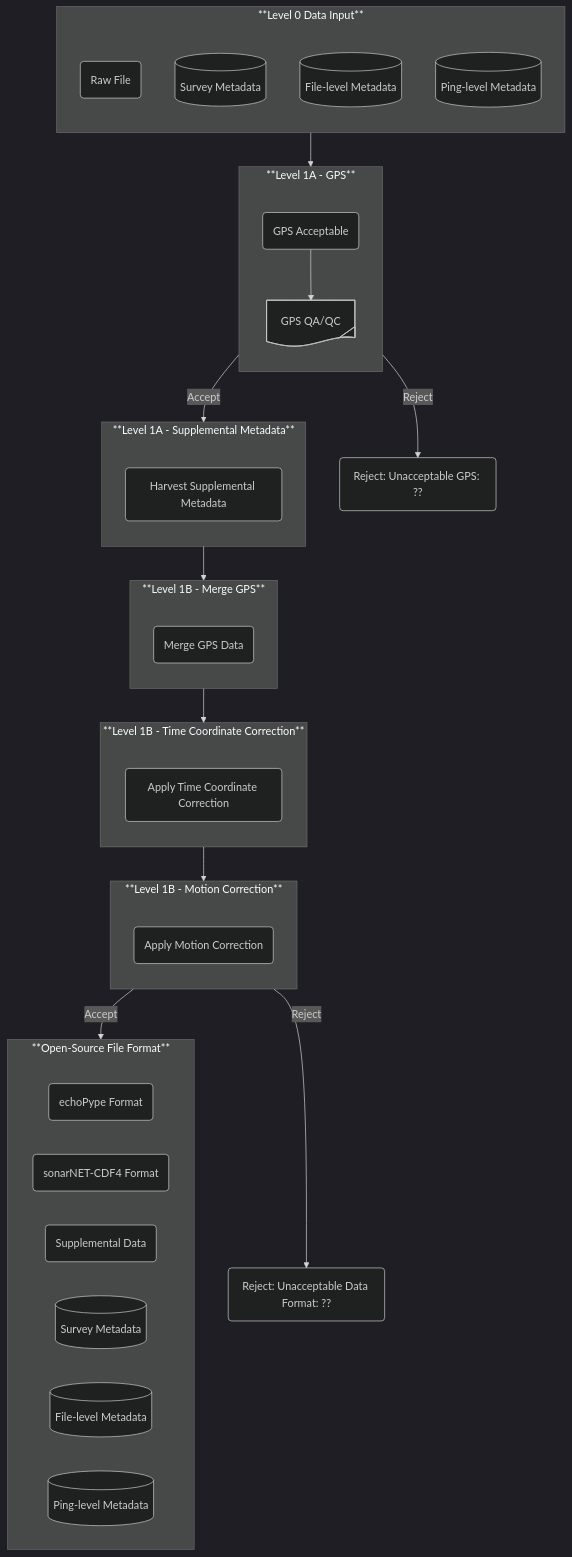
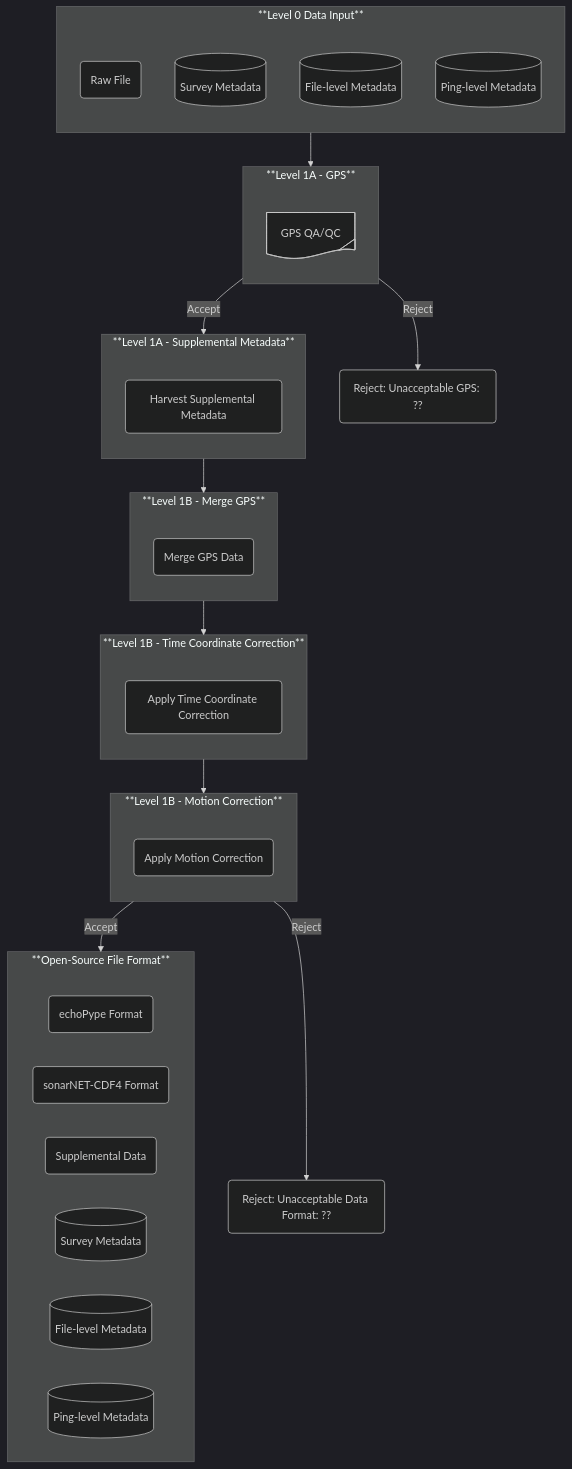
Before and after one commit to nmfs-ost/AA-SI_DataRoadMap: the second of 4 diagrams in README.md, drawn with Mermaid (dark theme). The commit also changed other lines of this file, not shown here.

First line of the commit message:
Revise Level 3 flowchart

````diff
--- a/README.md
+++ b/README.md
@@ -121,55 +121,55 @@
 ```mermaid
 ---
 config:
     flowchart:
         subGraphTitleMargin:
             "bottom": 30
 ---
 flowchart TB
     subgraph SG_L1_InputData["**Level 0 Data Input**"]
         direction TB
         node_L1_RD@{ shape: rounded, label: "Raw File" }
         node_L1_SMD@{ shape: database, label: "Survey Metadata" }
         node_L1_FMD@{ shape: database, label: "File-level Metadata" }
         node_L1_PMD@{ shape: database, label: "Ping-level Metadata" }
     end
     subgraph SG_L1A_GPS["**Level 1A - GPS**"]
         direction TB
-        node_L1A_GPS@{ shape: rounded, label: "GPS Acceptable" } --> node_L1A_GPSOK@{ shape: tag-doc, label: "GPS QA/QC" }
+        node_L1A_GPS@{ shape: tag-doc, label: "GPS QA/QC" }
     end
     subgraph SG_L1A_MD["**Level 1A - Supplemental Metadata**"]
         direction TB
         node_L1A_MD@{ shape: rounded, label: "Harvest Supplemental Metadata" } 
     end
     subgraph SG_L1B_MergeGPS["**Level 1B - Merge GPS**"]
         direction TB
         node_L1B_MergeGPS@{ shape: rounded, label: "Merge GPS Data" } 
     end
     subgraph SG_L1B_TimeCorr["**Level 1B - Time Coordinate Correction**"]
         direction TB
         node_L1B_TimeCorr@{ shape: rounded, label: "Apply Time Coordinate Correction" } 
     end
     subgraph SG_L1B_Motion["**Level 1B - Motion Correction**"]
         direction TB
         node_L1B_Motion@{ shape: rounded, label: "Apply Motion Correction" } 
     end
     subgraph SG_L1B_OS["**Open-Source File Format**"]
         direction LR
         node_L1B_EP@{ shape: rounded, label: "echoPype Format"}
         node_L1B_sonarNet@{ shape: rounded, label: "sonarNET-CDF4 Format"}
         node_L1B_suppdata@{ shape: rounded, label: "Supplemental Data"}
         node_L1B_SMD@{ shape: database, label: "Survey Metadata" }
         node_L1B_FMD@{ shape: database, label: "File-level Metadata" }
         node_L1B_PMD@{ shape: database, label: "Ping-level Metadata" }
     end
 SG_L1_InputData --> SG_L1A_GPS
 SG_L1A_GPS --> |Accept| SG_L1A_MD
 SG_L1A_GPS --> |Reject| node_Reject_L1A_GPS@{ shape: rounded, label: "Reject: Unacceptable GPS: ??" }
 SG_L1A_MD --> SG_L1B_MergeGPS
 SG_L1B_MergeGPS --> SG_L1B_TimeCorr
 SG_L1B_TimeCorr --> SG_L1B_Motion
 SG_L1B_Motion --> |Accept| SG_L1B_OS
 SG_L1B_Motion --> |Reject| node_Reject_L1B@{ shape: rounded, label: "Reject: Unacceptable Data Format: ??" }
 
 
 ```
````
